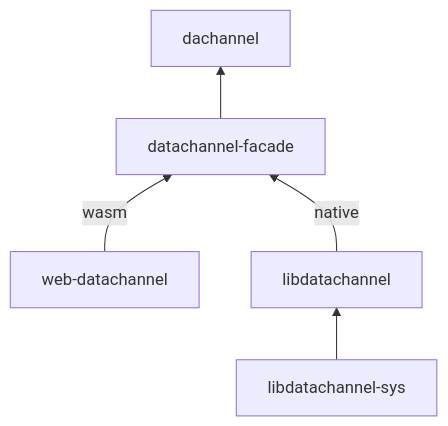
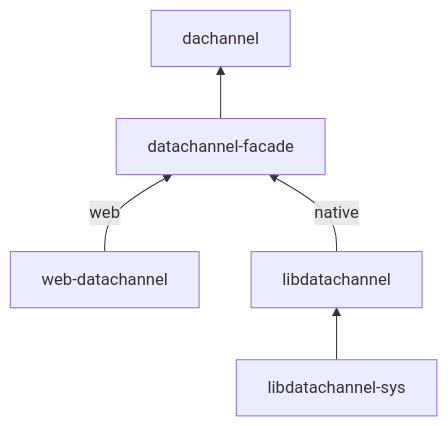
The diagram in README.md (coevolutions/dachannel), drawn with Mermaid before and after one commit. The commit also changed 2 other files, not shown here.

Commit message:
rename wasm to web

````diff
--- a/README.md
+++ b/README.md
@@ -17,7 +17,7 @@
 ```mermaid
 graph BT;
-web-datachannel --wasm--> datachannel-facade
+web-datachannel --web--> datachannel-facade
 libdatachannel-sys --> libdatachannel;
 libdatachannel --native--> datachannel-facade;
 datachannel-facade --> dachannel;
 ```
````
